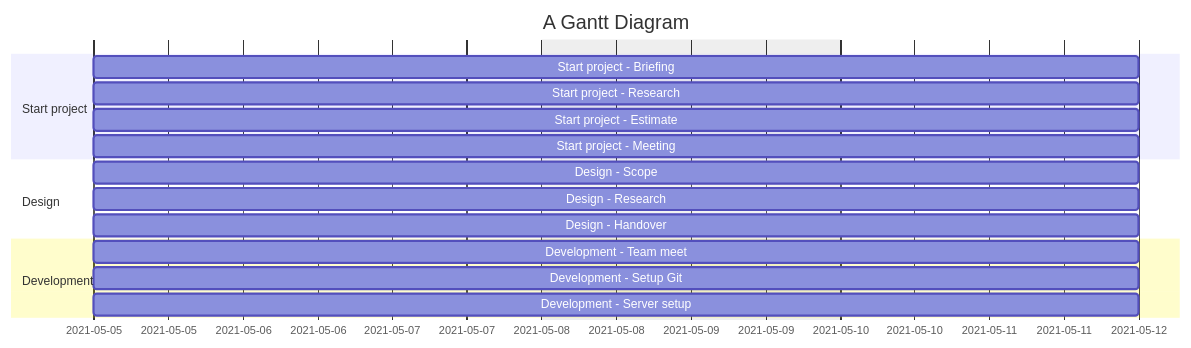
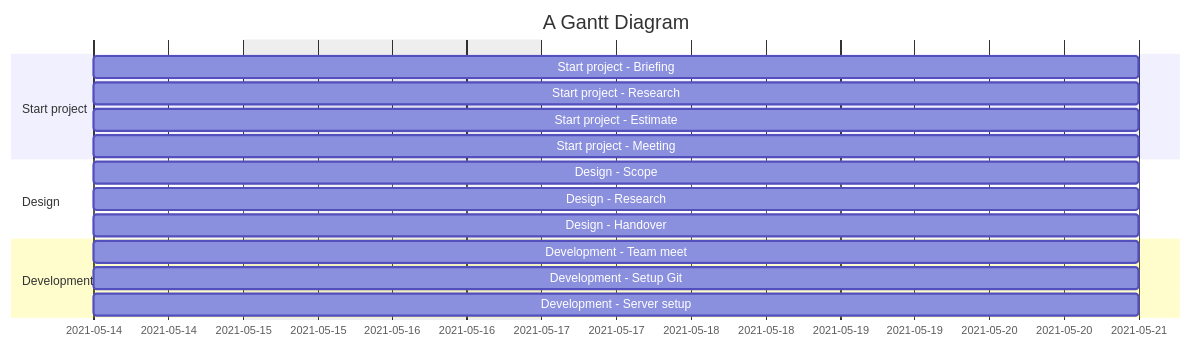
Before and after one commit to MatthijsKamstra/fonkee-issues: the diagram in docs/data/estimate_2021.csv.planning.converted.md, drawn with Mermaid. The commit also changed 17 other files, not shown here.

````diff
--- a/docs/data/estimate_2021.csv.planning.converted.md
+++ b/docs/data/estimate_2021.csv.planning.converted.md
@@ -2,31 +2,31 @@
 ```mermaid
 gantt
 	title A Gantt Diagram
 	dateFormat  YYYY-MM-DD
 	excludes    weekends
 
 	%% section Section
 	%% A task           :a1, 2014-01-01, 30d
 	%% Another task     :after a1  , 20d
 	%% section Another
 	%% Task in sec      :2014-01-12  , 12d
 	%% another task      : 24d
 
 
 	section Start project
-	Start project - Briefing		:2021-05-05, 5d
-	Start project - Research		:2021-05-05, 5d
-	Start project - Estimate		:2021-05-05, 5d
-	Start project - Meeting		:2021-05-05, 5d
+	Start project - Briefing		:2021-05-14, 5d
+	Start project - Research		:2021-05-14, 5d
+	Start project - Estimate		:2021-05-14, 5d
+	Start project - Meeting		:2021-05-14, 5d
 
 	section Design
-	Design - Scope		:2021-05-05, 5d
-	Design - Research		:2021-05-05, 5d
-	Design - Handover		:2021-05-05, 5d
+	Design - Scope		:2021-05-14, 5d
+	Design - Research		:2021-05-14, 5d
+	Design - Handover		:2021-05-14, 5d
 
 	section Development
-	Development - Team meet		:2021-05-05, 5d
-	Development - Setup Git		:2021-05-05, 5d
-	Development - Server setup		:2021-05-05, 5d
+	Development - Team meet		:2021-05-14, 5d
+	Development - Setup Git		:2021-05-14, 5d
+	Development - Server setup		:2021-05-14, 5d
 
 ```
````
